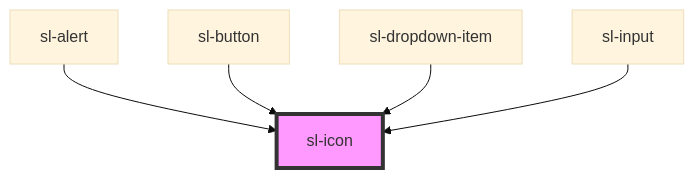
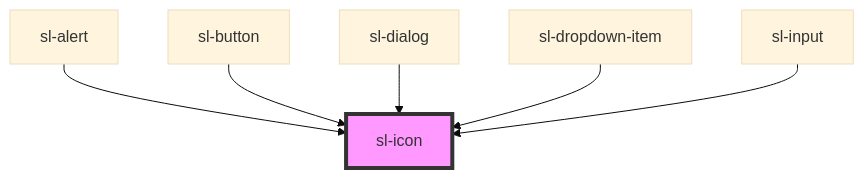
Before and after one commit to shoelace-style/shoelace: the diagram in src/components/icon/readme.md, drawn with Mermaid (base theme). The commit also changed other lines of this file and 5 other files, not shown here.

````diff
--- a/src/components/icon/readme.md
+++ b/src/components/icon/readme.md
@@ -64,8 +65,9 @@
 ```mermaid
 graph TD;
   sl-alert --> sl-icon
   sl-button --> sl-icon
+  sl-dialog --> sl-icon
   sl-dropdown-item --> sl-icon
   sl-input --> sl-icon
   style sl-icon fill:#f9f,stroke:#333,stroke-width:4px
 ```
````
